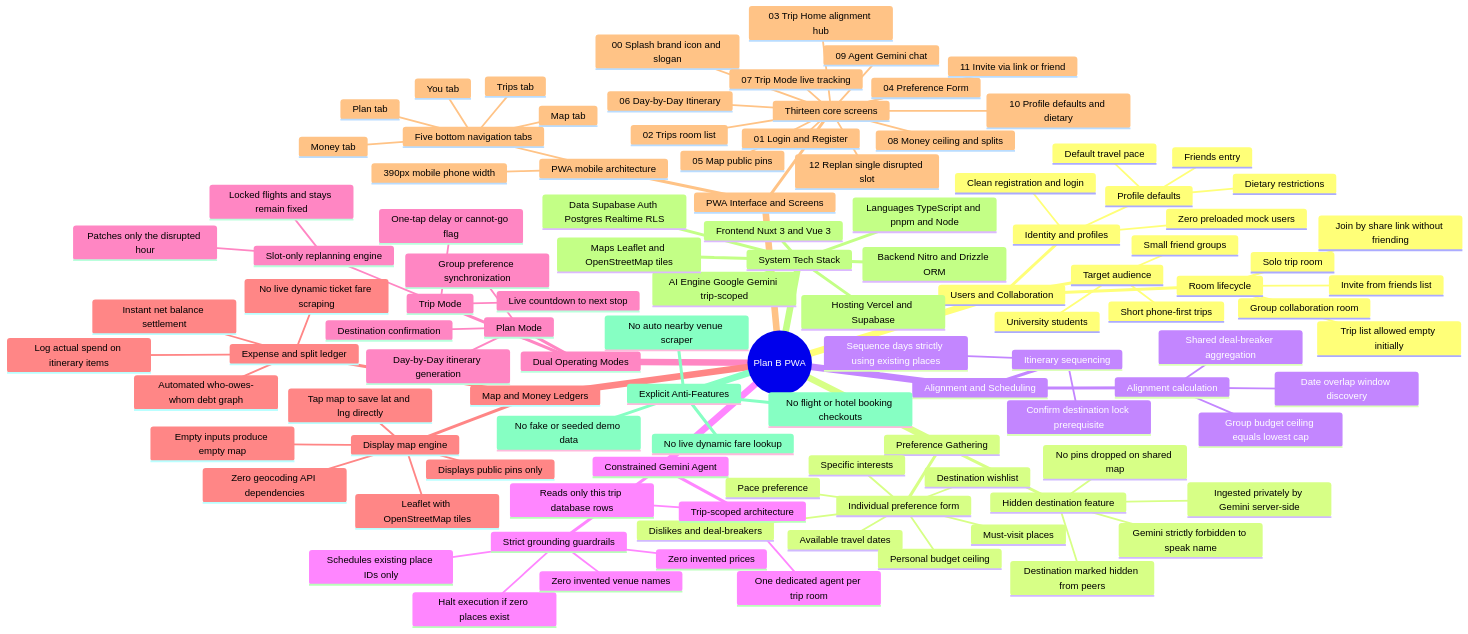
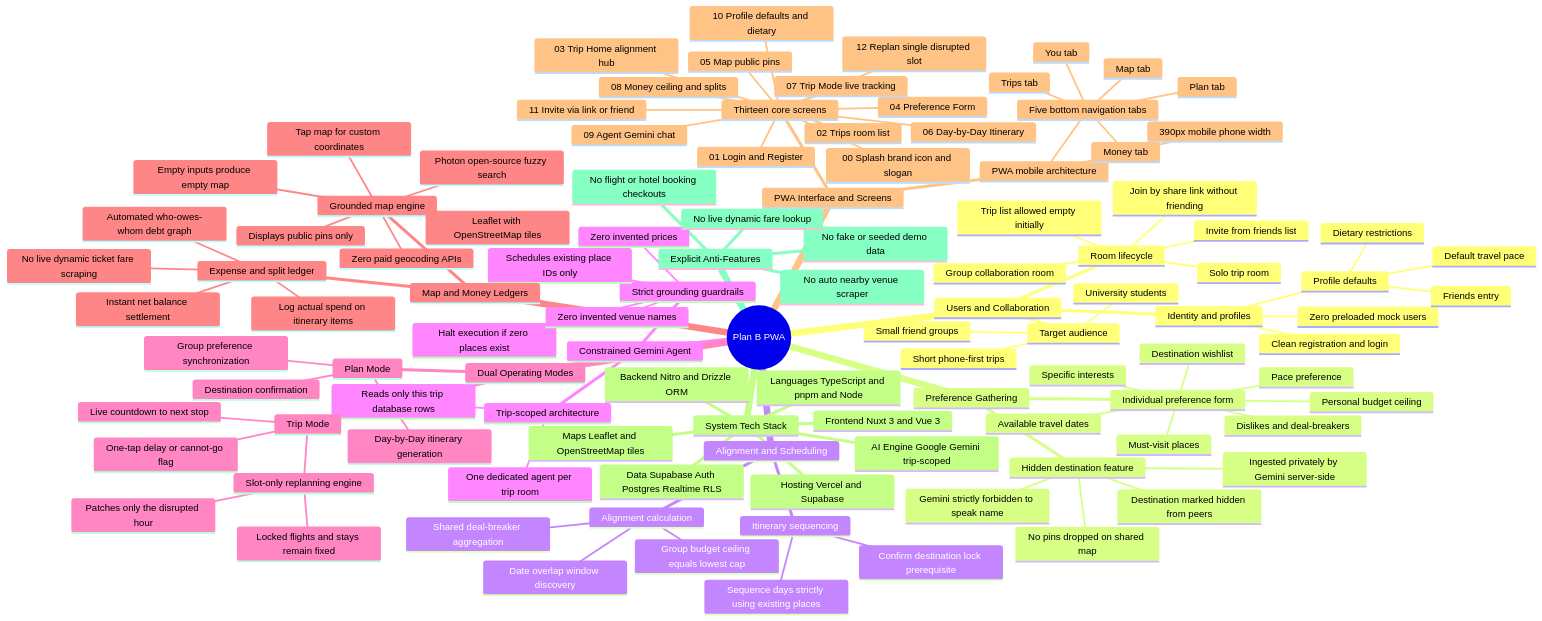
The seventh of 7 diagrams in docs/ideation.md (nlzce/We-are-the-champions_Plan-B), drawn with Mermaid before and after one commit. The commit also changed other lines of this file and 2 other files, not shown here.

Commit message:
docs: adopt OpenStreetMap + Photon fuzzy search dual-mode map architecture

```diff
--- a/docs/ideation.md
+++ b/docs/ideation.md
@@ -367,11 +367,12 @@
           Patches only the disrupted hour
           Locked flights and stays remain fixed
     Map and Money Ledgers
-      Display map engine
+      Grounded map engine
         Leaflet with OpenStreetMap tiles
-        Tap map to save lat and lng directly
+        Photon open-source fuzzy search
+        Tap map for custom coordinates
         Displays public pins only
-        Zero geocoding API dependencies
+        Zero paid geocoding APIs
         Empty inputs produce empty map
       Expense and split ledger
         Log actual spend on itinerary items
```
